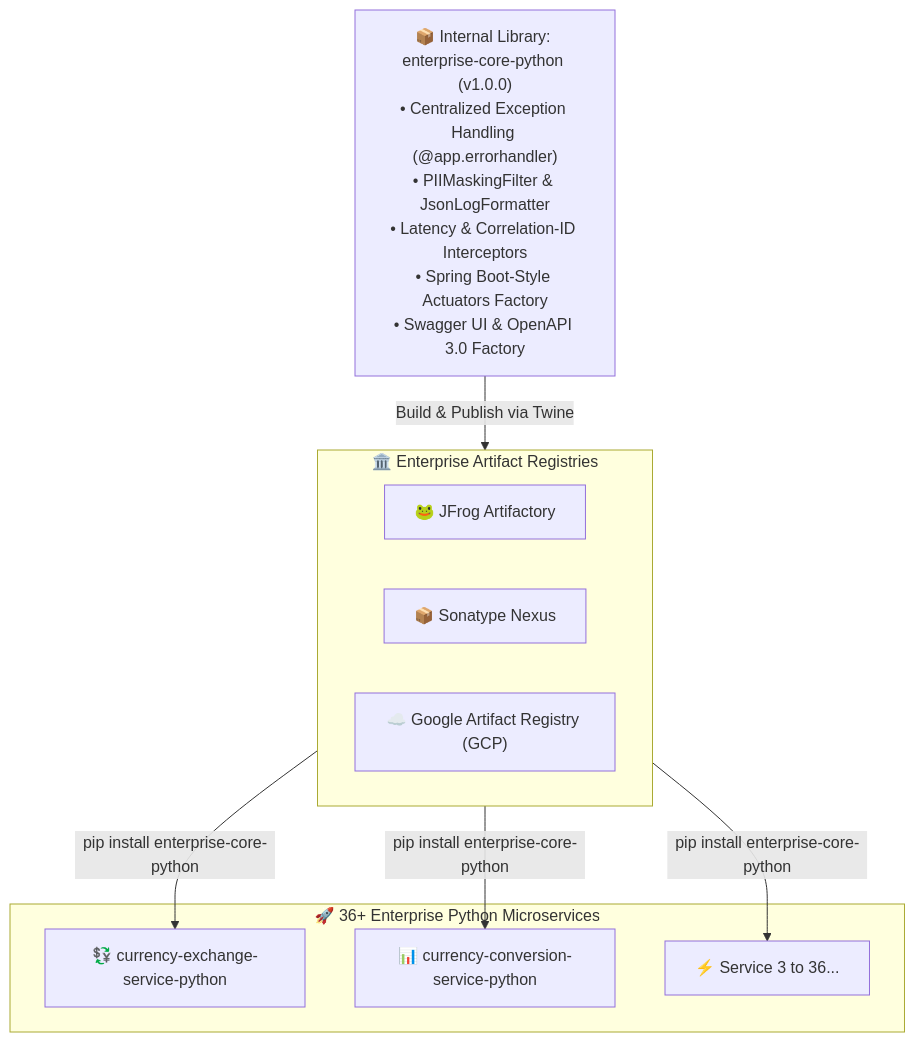
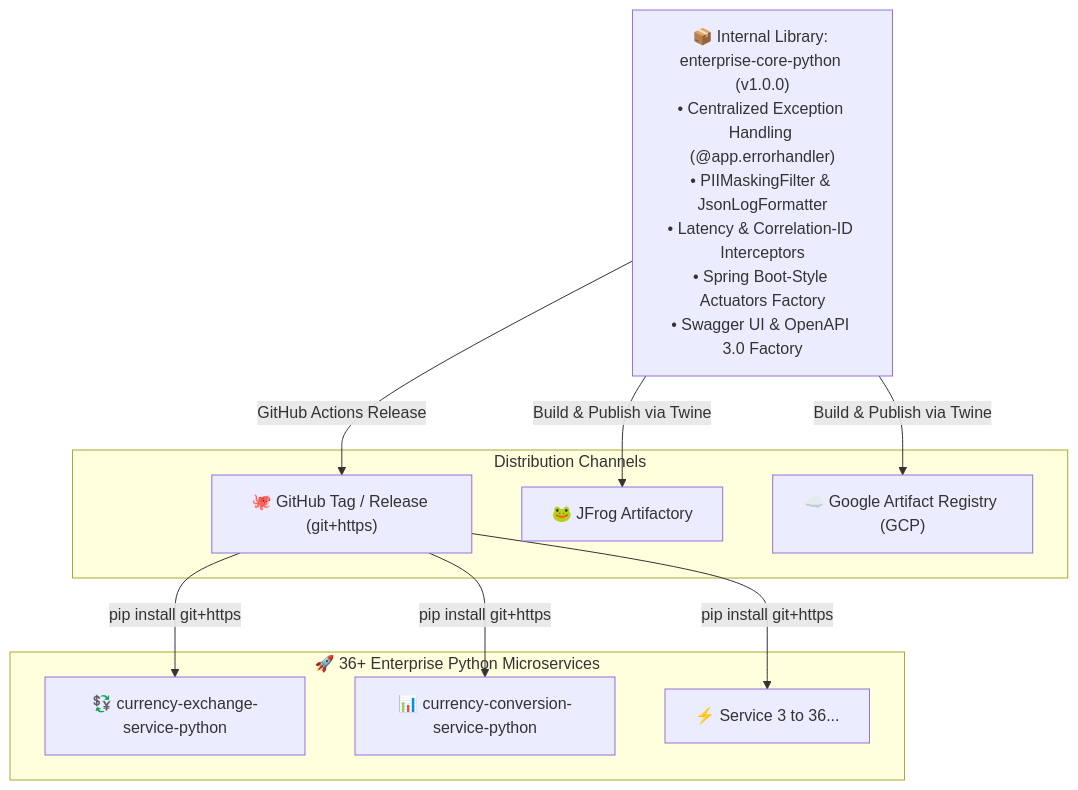
One commit to amsidhlokhande/currency-management-python changed the diagram in enterprise-core-python/README.md. Above: the diagram before and after it, drawn with Mermaid. The commit also changed other lines of this file and 10 other files, not shown here.

First line of the commit message:
ci: add docker and release workflows and install enterprise-core via git

````diff
--- a/enterprise-core-python/README.md
+++ b/enterprise-core-python/README.md
@@ -31,22 +35,24 @@
 ```mermaid
 flowchart TD
     CoreLib["📦 Internal Library: enterprise-core-python (v1.0.0)<br/>• Centralized Exception Handling (@app.errorhandler)<br/>• PIIMaskingFilter & JsonLogFormatter<br/>• Latency & Correlation-ID Interceptors<br/>• Spring Boot-Style Actuators Factory<br/>• Swagger UI & OpenAPI 3.0 Factory"]
 
-    subgraph RegistryOptions ["🏛️ Enterprise Artifact Registries"]
+    subgraph DistributionChannels ["Distribution Channels"]
+        GitHub["🐙 GitHub Tag / Release (git+https)"]
         JFrog["🐸 JFrog Artifactory"]
-        Nexus["📦 Sonatype Nexus"]
         GAR["☁️ Google Artifact Registry (GCP)"]
     end
 
-    CoreLib -->|Build & Publish via Twine| RegistryOptions
+    CoreLib -->|GitHub Actions Release| GitHub
+    CoreLib -->|Build & Publish via Twine| JFrog
+    CoreLib -->|Build & Publish via Twine| GAR
 
     subgraph Microservices ["🚀 36+ Enterprise Python Microservices"]
         Svc1["💱 currency-exchange-service-python"]
         Svc2["📊 currency-conversion-service-python"]
         SvcN["⚡ Service 3 to 36..."]
     end
 
-    RegistryOptions -->|pip install enterprise-core-python| Svc1
-    RegistryOptions -->|pip install enterprise-core-python| Svc2
-    RegistryOptions -->|pip install enterprise-core-python| SvcN
+    GitHub -->|pip install git+https| Svc1
+    GitHub -->|pip install git+https| Svc2
+    GitHub -->|pip install git+https| SvcN
 ```
````
